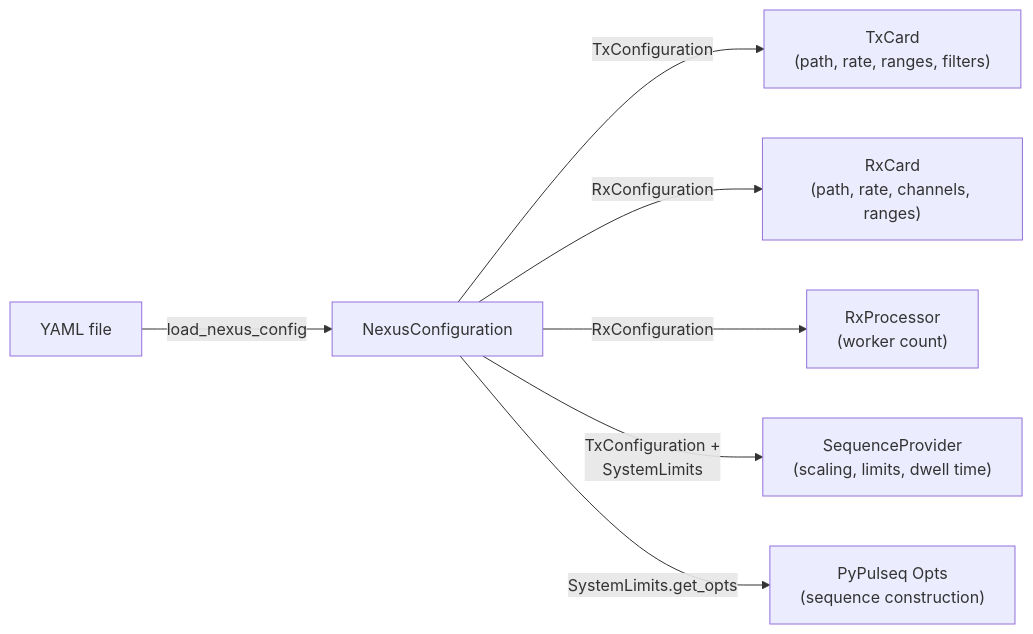
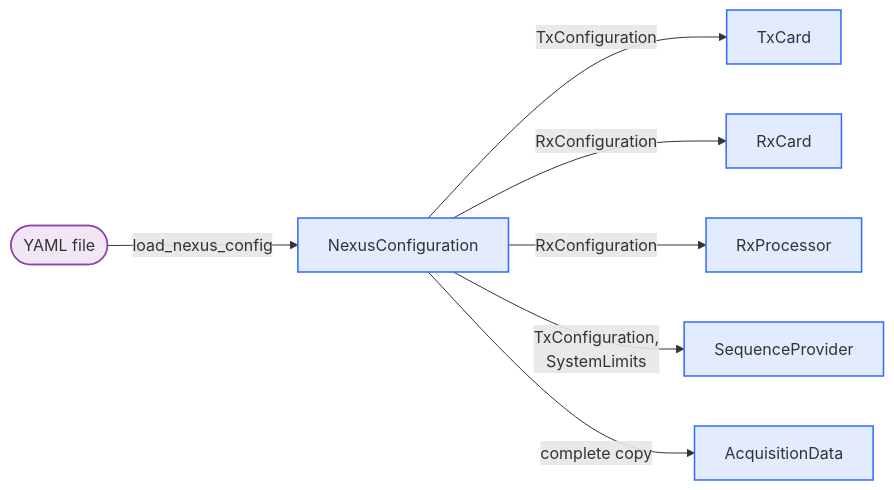
Before and after one commit to schote/nexus-console: the diagram in docs/system/configuration.md, drawn with Mermaid. The commit also changed other lines of this file and 2 other files, not shown here.

Commit message:
Revision of device configuration

````diff
--- a/docs/system/configuration.md
+++ b/docs/system/configuration.md
@@ -24,9 +5,14 @@
 ```mermaid
 flowchart LR
-    Y["YAML file"] -->|"load_nexus_config"| N["NexusConfiguration"]
-    N -->|"TxConfiguration"| T["TxCard<br/>(path, rate, ranges, filters)"]
-    N -->|"RxConfiguration"| R["RxCard<br/>(path, rate, channels, ranges)"]
-    N -->|"RxConfiguration"| P["RxProcessor<br/>(worker count)"]
-    N -->|"TxConfiguration +<br/>SystemLimits"| S["SequenceProvider<br/>(scaling, limits, dwell time)"]
-    N -->|"SystemLimits.get_opts"| O["PyPulseq Opts<br/>(sequence construction)"]
+    Y(["YAML file"]) -->|"load_nexus_config"| N["NexusConfiguration"]
+    N -->|"TxConfiguration"| T["TxCard"]
+    N -->|"RxConfiguration"| R["RxCard"]
+    N -->|"RxConfiguration"| P["RxProcessor"]
+    N -->|"TxConfiguration,<br/>SystemLimits"| S["SequenceProvider"]
+    N -->|"complete copy"| D["AcquisitionData"]
+
+    classDef sw fill:#2f6bff22,stroke:#2f6bff,stroke-width:1.5px
+    classDef iface fill:#8e44ad22,stroke:#8e44ad,stroke-width:1.5px
+    class N,T,R,P,S,D sw
+    class Y iface
 ```
````
